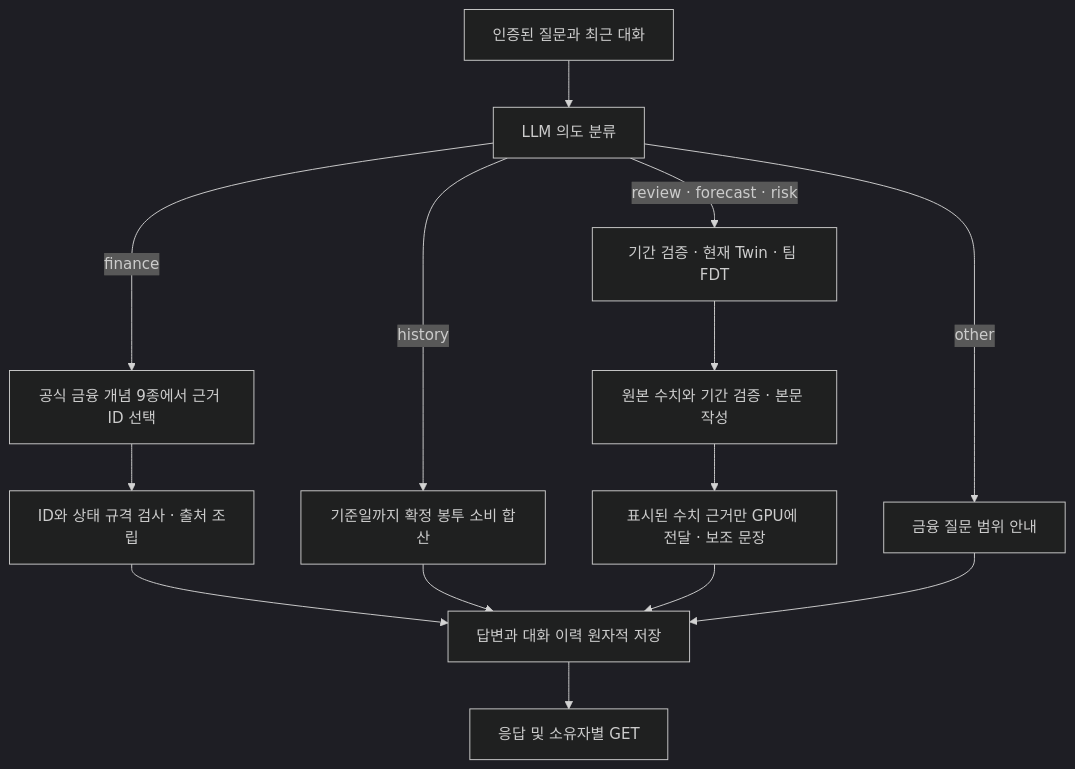
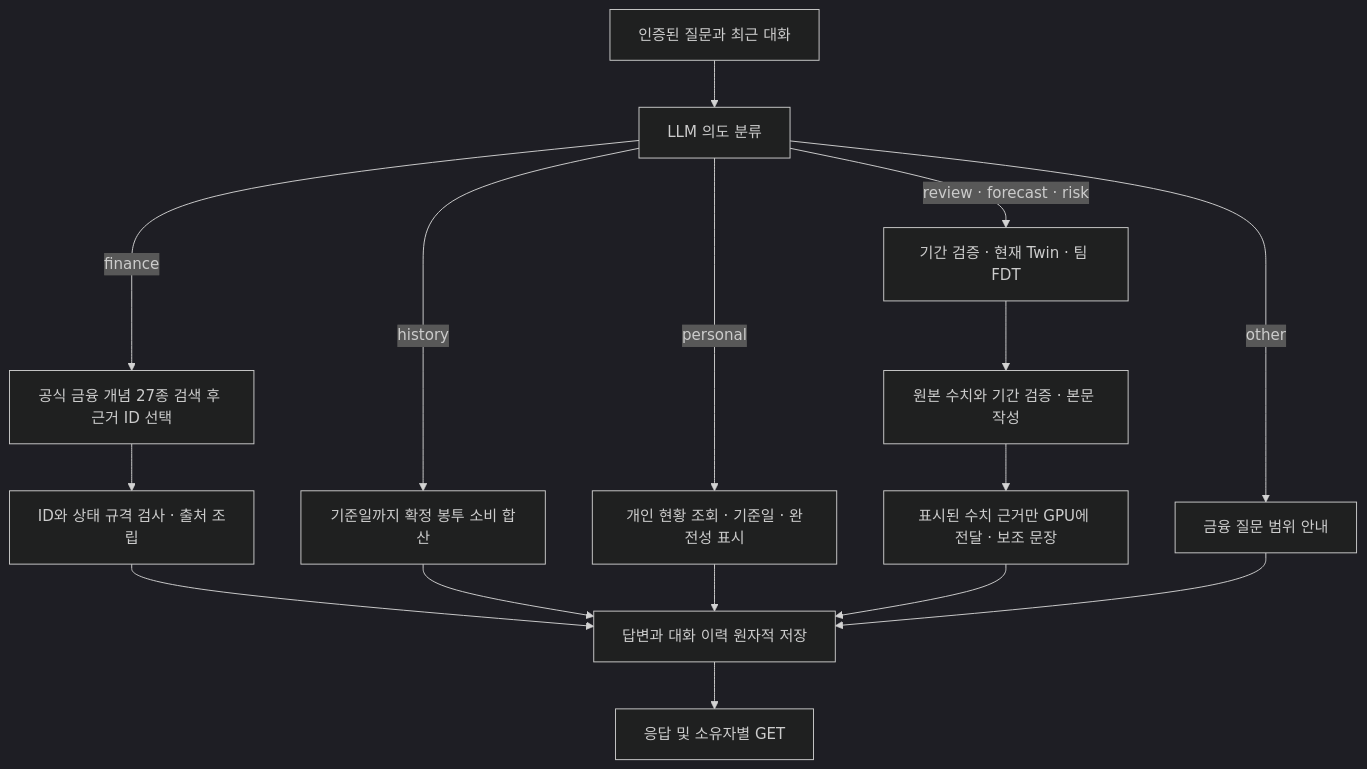
One commit to dfizae/KeyFin changed the diagram in ai/coaching/docs/chat.md. Above: the diagram before and after it, drawn with Mermaid (dark theme). The commit also changed other lines of this file and 8 other files, not shown here.

````diff
--- a/ai/coaching/docs/chat.md
+++ b/ai/coaching/docs/chat.md
@@ -47,16 +49,18 @@
 ```mermaid
 flowchart TD
     Q["인증된 질문과 최근 대화"] --> I["LLM 의도 분류"]
-    I -->|"finance"| K["공식 금융 개념 9종에서 근거 ID 선택"]
+    I -->|"finance"| K["공식 금융 개념 27종 검색 후 근거 ID 선택"]
     K --> V["ID와 상태 규격 검사 · 출처 조립"]
     I -->|"history"| H["기준일까지 확정 봉투 소비 합산"]
+    I -->|"personal"| P["개인 현황 조회 · 기준일 · 완전성 표시"]
     I -->|"review · forecast · risk"| D["기간 검증 · 현재 Twin · 팀 FDT"]
     D --> N["원본 수치와 기간 검증 · 본문 작성"]
     N --> W["표시된 수치 근거만 GPU에 전달 · 보조 문장"]
     I -->|"other"| O["금융 질문 범위 안내"]
     V --> S["답변과 대화 이력 원자적 저장"]
     H --> S
+    P --> S
     W --> S
     O --> S
     S --> R["응답 및 소유자별 GET"]
 ```
````
